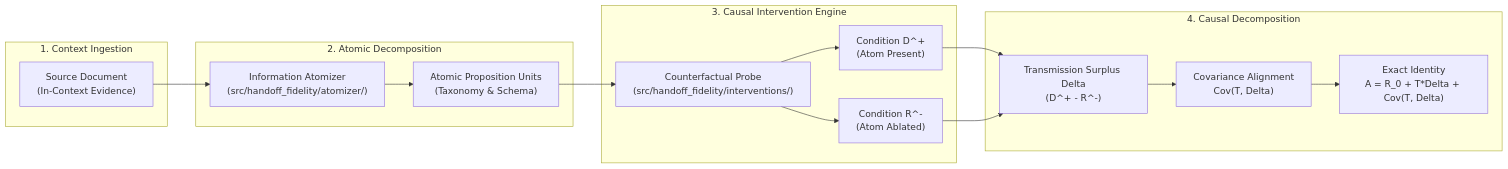
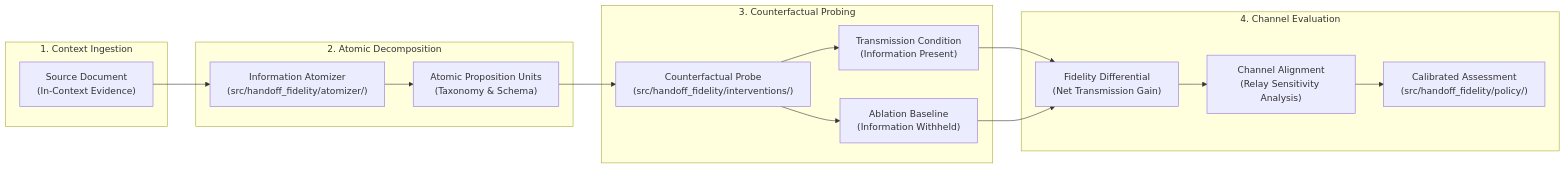
The diagram in README.md (supratik-sarkar/transmission-vs-reconstruction), drawn with Mermaid before and after one commit. The commit also changed other lines of this file, not shown here.

````diff
--- a/README.md
+++ b/README.md
@@ -39,26 +39,26 @@
 ```mermaid
 flowchart LR
     subgraph Input["1. Context Ingestion"]
         DOC["Source Document\n(In-Context Evidence)"]
     end
 
     subgraph Atom["2. Atomic Decomposition"]
         ATOM["Information Atomizer\n(src/handoff_fidelity/atomizer/)"]
         UNITS["Atomic Proposition Units\n(Taxonomy & Schema)"]
     end
 
-    subgraph Intervene["3. Causal Intervention Engine"]
+    subgraph Intervene["3. Counterfactual Probing"]
         PROBE["Counterfactual Probe\n(src/handoff_fidelity/interventions/)"]
-        D_PLUS["Condition D^+\n(Atom Present)"]
-        R_MINUS["Condition R^-\n(Atom Ablated)"]
+        PRES["Transmission Condition\n(Information Present)"]
+        ABL["Ablation Baseline\n(Information Withheld)"]
     end
 
-    subgraph Decomp["4. Causal Decomposition"]
-        DELTA["Transmission Surplus Delta\n(D^+ - R^-)"]
-        COV["Covariance Alignment\nCov(T, Delta)"]
-        DECOMP["Exact Identity\nA = R_0 + T*Delta + Cov(T, Delta)"]
+    subgraph Decomp["4. Channel Evaluation"]
+        DELTA["Fidelity Differential\n(Net Transmission Gain)"]
+        CHAN["Channel Alignment\n(Relay Sensitivity Analysis)"]
+        EVAL["Calibrated Assessment\n(src/handoff_fidelity/policy/)"]
     end
 
     DOC --> ATOM --> UNITS --> PROBE
-    PROBE --> D_PLUS & R_MINUS --> DELTA --> COV --> DECOMP
+    PROBE --> PRES & ABL --> DELTA --> CHAN --> EVAL
 ```
````
